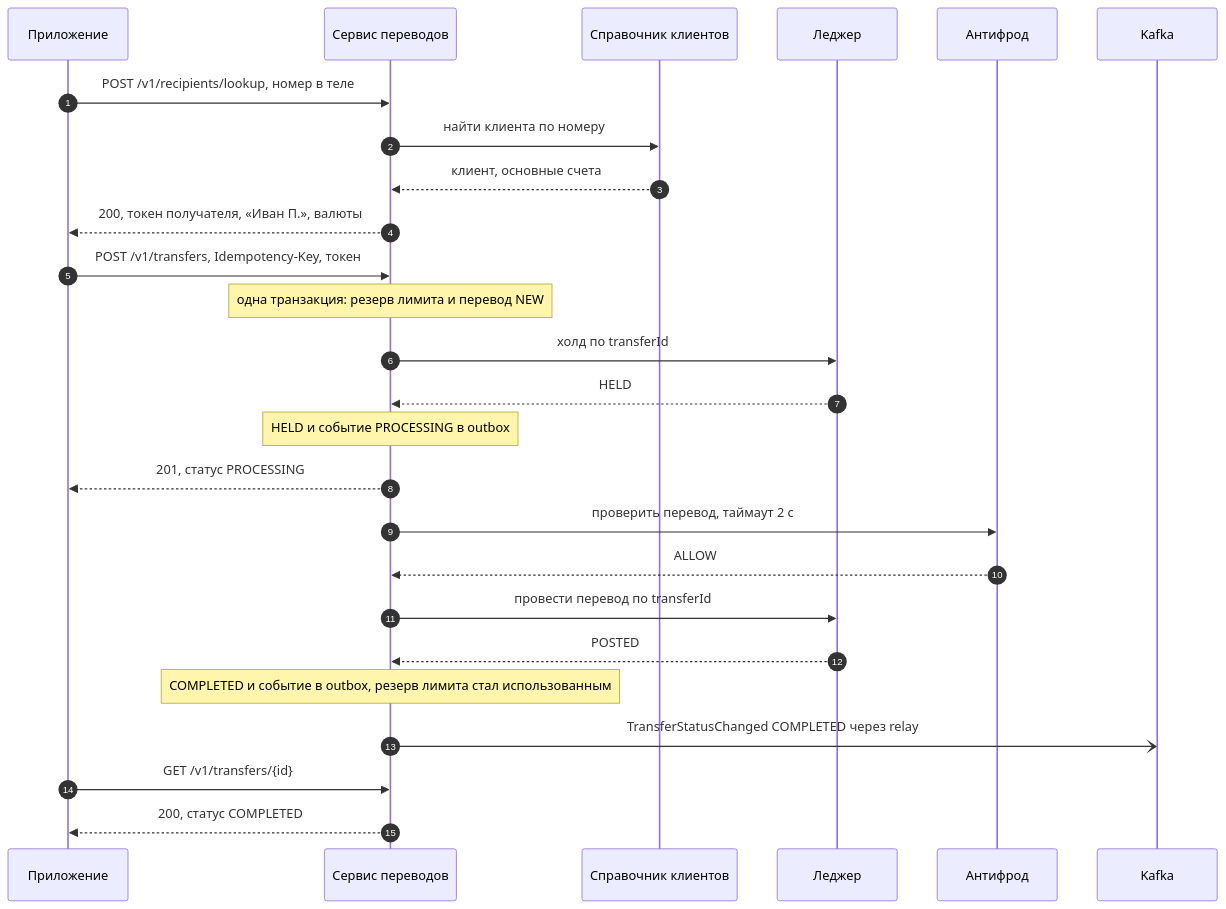
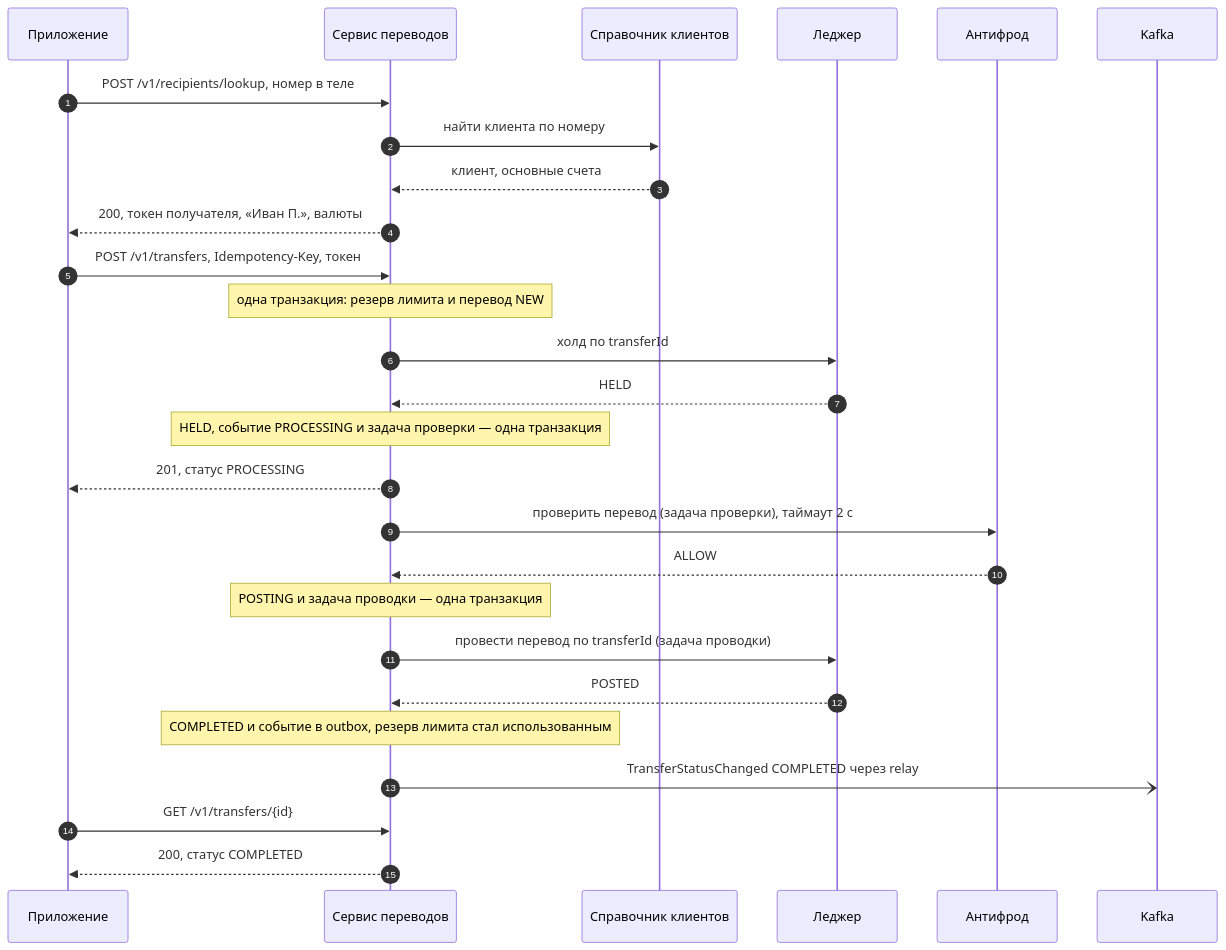
The first of 6 diagrams in docs/design/sequences.md (KORTEZZ12/phone-transfers), drawn with Mermaid before and after one commit. The commit also changed other lines of this file and 14 other files, not shown here.

````diff
--- a/docs/design/sequences.md
+++ b/docs/design/sequences.md
@@ -20,28 +20,29 @@
 ```mermaid
 sequenceDiagram
   autonumber
   participant App as Приложение
   participant TS as Сервис переводов
   participant DIR as Справочник клиентов
   participant L as Леджер
   participant AF as Антифрод
   participant K as Kafka
   App->>TS: POST /v1/recipients/lookup, номер в теле
   TS->>DIR: найти клиента по номеру
   DIR-->>TS: клиент, основные счета
   TS-->>App: 200, токен получателя, «Иван П.», валюты
   App->>TS: POST /v1/transfers, Idempotency-Key, токен
   Note over TS: одна транзакция: резерв лимита и перевод NEW
   TS->>L: холд по transferId
   L-->>TS: HELD
-  Note over TS: HELD и событие PROCESSING в outbox
+  Note over TS: HELD, событие PROCESSING и задача проверки — одна транзакция
   TS-->>App: 201, статус PROCESSING
-  TS->>AF: проверить перевод, таймаут 2 с
+  TS->>AF: проверить перевод (задача проверки), таймаут 2 с
   AF-->>TS: ALLOW
-  TS->>L: провести перевод по transferId
+  Note over TS: POSTING и задача проводки — одна транзакция
+  TS->>L: провести перевод по transferId (задача проводки)
   L-->>TS: POSTED
   Note over TS: COMPLETED и событие в outbox, резерв лимита стал использованным
   TS-)K: TransferStatusChanged COMPLETED через relay
   App->>TS: GET /v1/transfers/{id}
   TS-->>App: 200, статус COMPLETED
 ```
````
